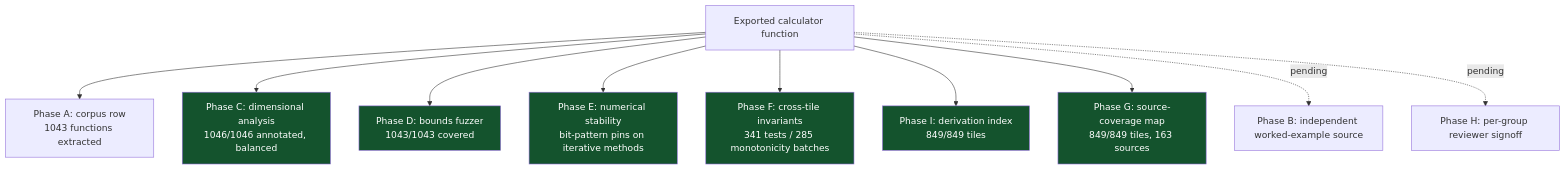
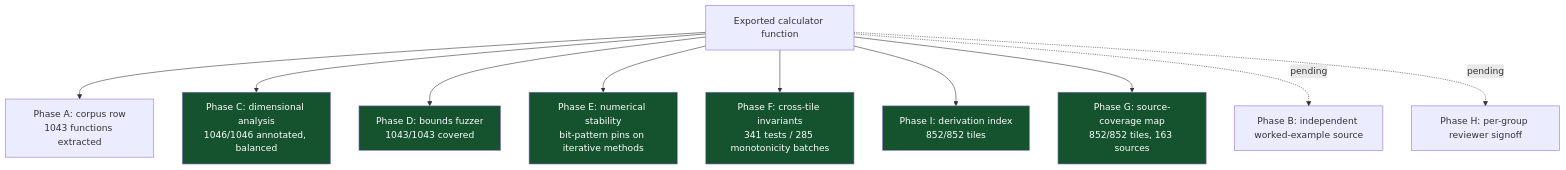
The sixth of 8 diagrams in README.md (clay-good/roughlogic.com), drawn with Mermaid before and after one commit. The commit also changed other lines of this file and 18 other files, not shown here.

````diff
--- a/README.md
+++ b/README.md
@@ -519,18 +519,18 @@
 ```mermaid
 flowchart TB
     F[Exported calculator function] --> A[Phase A: corpus row\n1043 functions extracted]
     F --> C[Phase C: dimensional analysis\n1046/1046 annotated, balanced]
     F --> D[Phase D: bounds fuzzer\n1043/1043 covered]
     F --> E[Phase E: numerical stability\nbit-pattern pins on iterative methods]
     F --> Fa[Phase F: cross-tile invariants\n341 tests / 285 monotonicity batches]
-    F --> I[Phase I: derivation index\n849/849 tiles]
-    F --> G[Phase G: source-coverage map\n849/849 tiles, 163 sources]
+    F --> I[Phase I: derivation index\n852/852 tiles]
+    F --> G[Phase G: source-coverage map\n852/852 tiles, 163 sources]
     F -.pending.-> B[Phase B: independent worked-example source]
     F -.pending.-> H[Phase H: per-group reviewer signoff]
     style C fill:#14532d,color:#fff
     style D fill:#14532d,color:#fff
     style E fill:#14532d,color:#fff
     style Fa fill:#14532d,color:#fff
     style G fill:#14532d,color:#fff
     style I fill:#14532d,color:#fff
 ```
````
